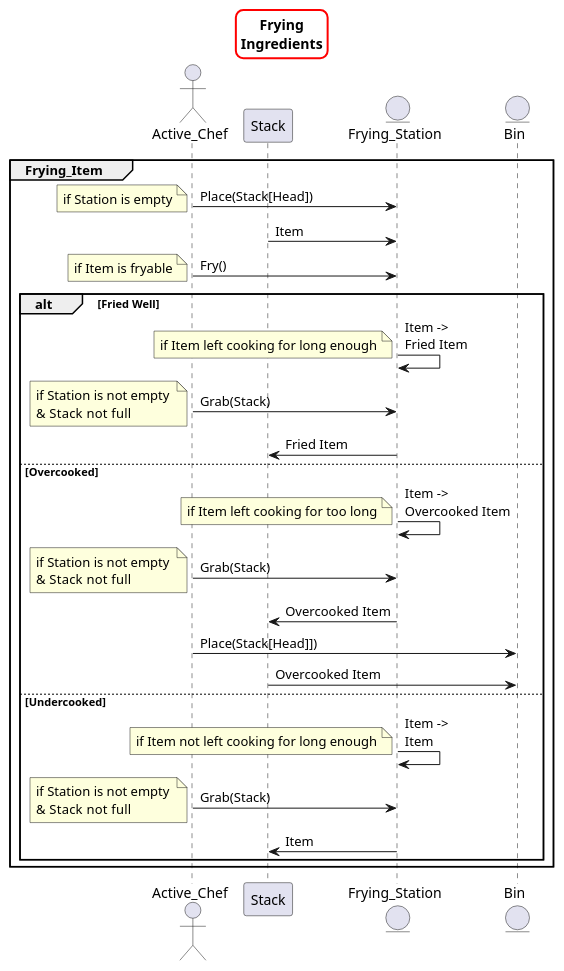
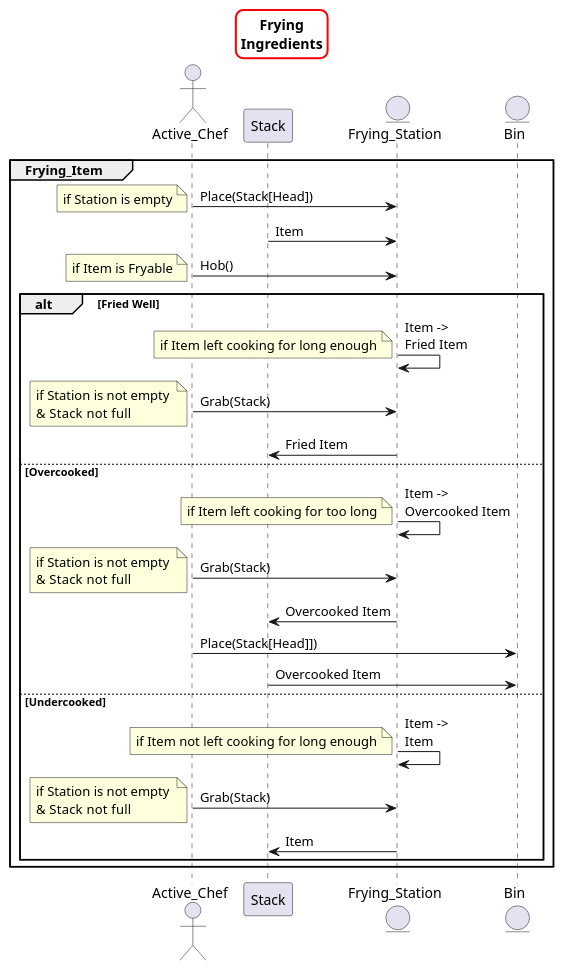
One commit to Runtime-Terrors-Team-5/UML-Diagrams changed the diagram in Architecture Diagrams/Sequence Diagrams/Frying_Ingredients.puml. Above: the diagram before and after it, drawn with PlantUML. The commit also changed other lines of this file and 11 other files, not shown here.

Commit message:
Missing Chef Interaction Sequence Diagrams

```diff
--- a/Architecture Diagrams/Sequence Diagrams/Frying_Ingredients.puml
+++ b/Architecture Diagrams/Sequence Diagrams/Frying_Ingredients.puml
@@ -3,43 +3,43 @@
 @startuml
 skinparam titleBorderRoundCorner 15
 skinparam titleBorderThickness 2
 skinparam titleBorderColor red
 title Frying\nIngredients
 
 actor Active_Chef as Chef
 participant Stack as Inventory
-entity Frying_Station as Fry
+entity Frying_Station as Hob
 entity Bin as Bin
 
 ' Attempting to Fry Item
 group Frying_Item
-    Chef -> Fry : Place(Stack[Head])
+    Chef -> Hob : Place(Stack[Head])
     note left: if Station is empty
-    Inventory -> Fry : Item
-    Chef -> Fry : Fry() 
-    note left: if Item is fryable
+    Inventory -> Hob : Item
+    Chef -> Hob : Hob() 
+    note left: if Item is Fryable
     ' Successful Fry
     alt Fried Well
-        Fry -> Fry : Item -> \nFried Item
+        Hob -> Hob : Item -> \nFried Item
         note left: if Item left cooking for long enough
-        Chef -> Fry : Grab(Stack) 
+        Chef -> Hob : Grab(Stack) 
         note left: if Station is not empty \n&  Stack not full
-        Inventory <- Fry : Fried Item
+        Inventory <- Hob : Fried Item
     ' Overcooked Item
     else Overcooked
-        Fry -> Fry : Item -> \nOvercooked Item
+        Hob -> Hob : Item -> \nOvercooked Item
         note left: if Item left cooking for too long
-        Chef -> Fry : Grab(Stack) 
+        Chef -> Hob : Grab(Stack) 
         note left: if Station is not empty \n&  Stack not full
-        Inventory <- Fry : Overcooked Item
+        Inventory <- Hob : Overcooked Item
         Chef -> Bin : Place(Stack[Head]])
         Inventory -> Bin : Overcooked Item
     else Undercooked
-        Fry -> Fry : Item -> \nItem
+        Hob -> Hob : Item -> \nItem
         note left: if Item not left cooking for long enough
-        Chef -> Fry : Grab(Stack) 
+        Chef -> Hob : Grab(Stack) 
         note left: if Station is not empty \n&  Stack not full
-        Inventory <- Fry : Item
+        Inventory <- Hob : Item
     end
 end
 @enduml
```
